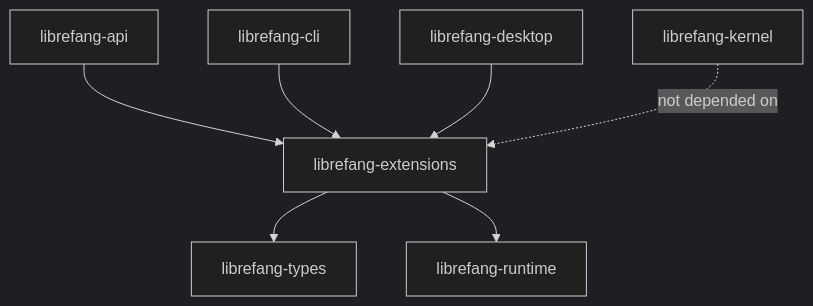
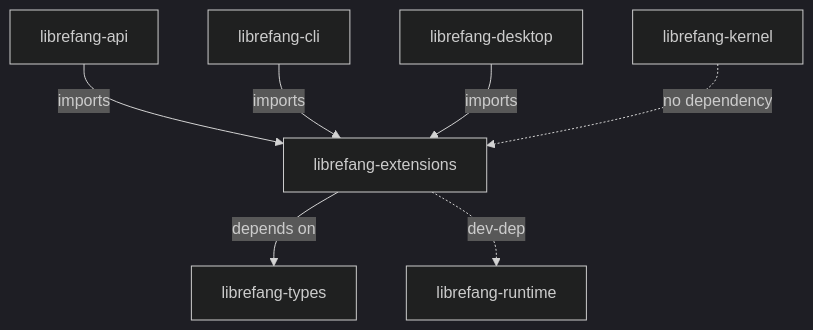
Before and after one commit to leszek3737/librefang-WIki: the diagram in other-librefang-extensions.md, drawn with Mermaid (dark theme). The commit also changed other lines of this file and 70 other files, not shown here.

````diff
--- a/other-librefang-extensions.md
+++ b/other-librefang-extensions.md
@@ -11,10 +11,9 @@
 ```mermaid
 graph TD
-    API["librefang-api"] --> EXT["librefang-extensions"]
-    CLI["librefang-cli"] --> EXT
-    DESKTOP["librefang-desktop"] --> EXT
-    EXT --> TYPES["librefang-types"]
-    EXT --> RUNTIME["librefang-runtime"]
-    KERNEL["librefang-kernel"]
-    KERNEL -.->|"not depended on"| EXT
+    API["librefang-api"] -->|imports| EXT["librefang-extensions"]
+    CLI["librefang-cli"] -->|imports| EXT
+    DESK["librefang-desktop"] -->|imports| EXT
+    EXT -->|depends on| TYPES["librefang-types"]
+    EXT -.->|dev-dep| RT["librefang-runtime"]
+    KERNEL["librefang-kernel"] -.->|no dependency| EXT
 ```
````
